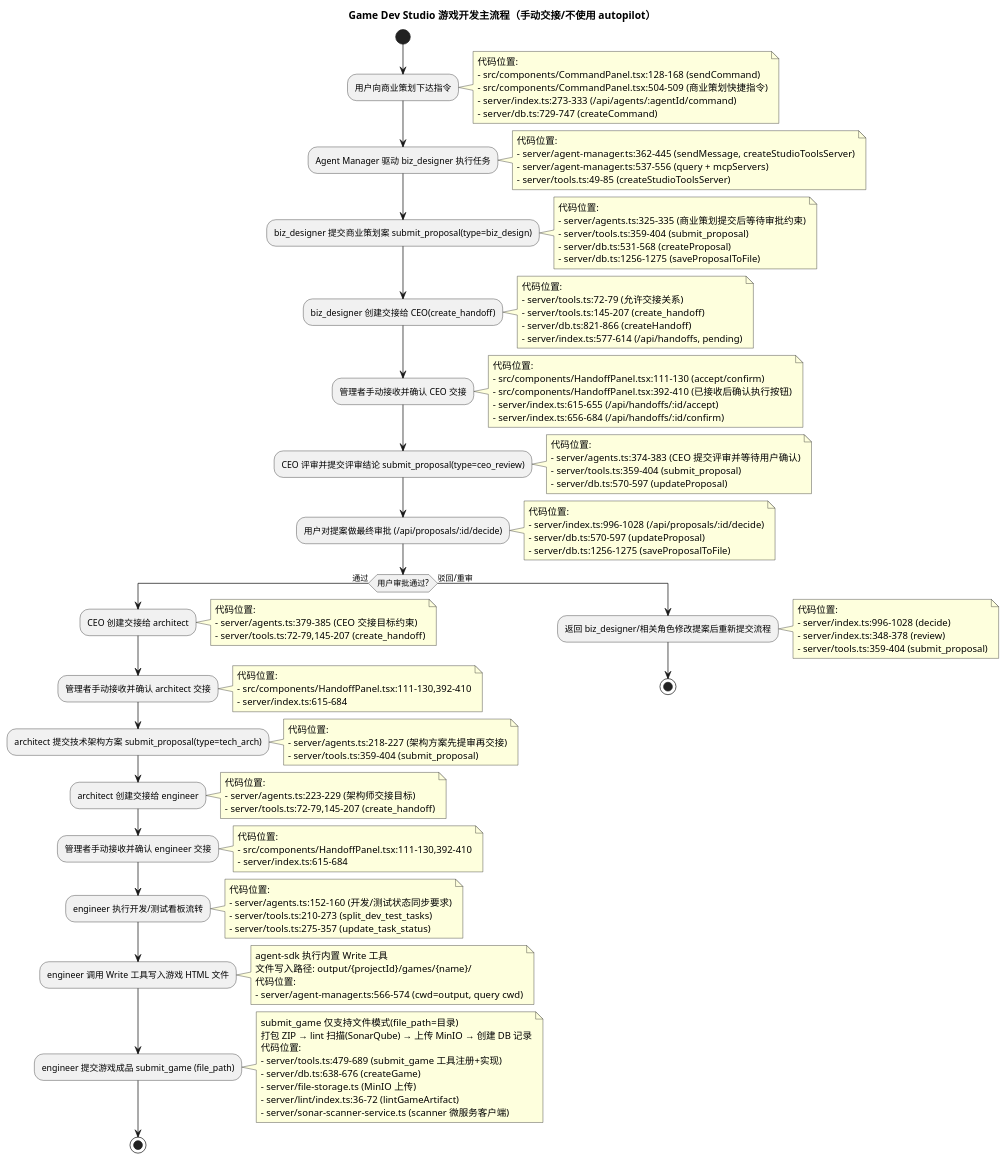
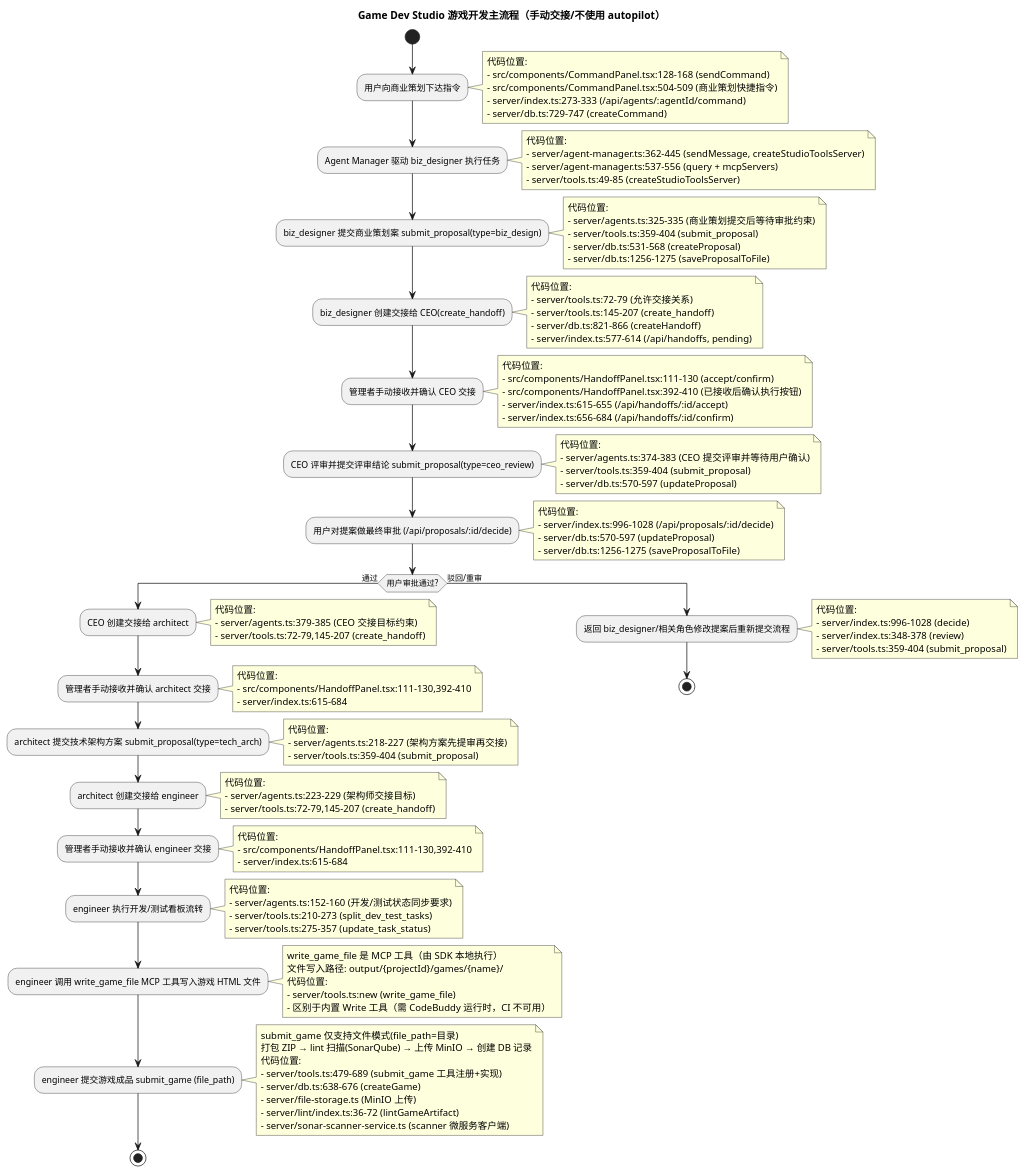
One commit to luoxiaojun1992/game-studio changed the diagram in .agent/diagrams/game-dev-main-flow-manual-handoff.puml. Above: the diagram before and after it, drawn with PlantUML. The commit also changed 6 other files, not shown here.

Commit message:
fix: add write_game_file MCP tool for CI-compatible file writing, replace non-functional Write built-in tool mock

```diff
--- a/.agent/diagrams/game-dev-main-flow-manual-handoff.puml
+++ b/.agent/diagrams/game-dev-main-flow-manual-handoff.puml
@@ -1,142 +1,143 @@
 @startuml
 title Game Dev Studio 游戏开发主流程（手动交接/不使用 autopilot）
 
 start
 
 :用户向商业策划下达指令;
 note right
   代码位置:
   - src/components/CommandPanel.tsx:128-168 (sendCommand)
   - src/components/CommandPanel.tsx:504-509 (商业策划快捷指令)
   - server/index.ts:273-333 (/api/agents/:agentId/command)
   - server/db.ts:729-747 (createCommand)
 end note
 
 :Agent Manager 驱动 biz_designer 执行任务;
 note right
   代码位置:
   - server/agent-manager.ts:362-445 (sendMessage, createStudioToolsServer)
   - server/agent-manager.ts:537-556 (query + mcpServers)
   - server/tools.ts:49-85 (createStudioToolsServer)
 end note
 
 :biz_designer 提交商业策划案 submit_proposal(type=biz_design);
 note right
   代码位置:
   - server/agents.ts:325-335 (商业策划提交后等待审批约束)
   - server/tools.ts:359-404 (submit_proposal)
   - server/db.ts:531-568 (createProposal)
   - server/db.ts:1256-1275 (saveProposalToFile)
 end note
 
 :biz_designer 创建交接给 CEO(create_handoff);
 note right
   代码位置:
   - server/tools.ts:72-79 (允许交接关系)
   - server/tools.ts:145-207 (create_handoff)
   - server/db.ts:821-866 (createHandoff)
   - server/index.ts:577-614 (/api/handoffs, pending)
 end note
 
 :管理者手动接收并确认 CEO 交接;
 note right
   代码位置:
   - src/components/HandoffPanel.tsx:111-130 (accept/confirm)
   - src/components/HandoffPanel.tsx:392-410 (已接收后确认执行按钮)
   - server/index.ts:615-655 (/api/handoffs/:id/accept)
   - server/index.ts:656-684 (/api/handoffs/:id/confirm)
 end note
 
 :CEO 评审并提交评审结论 submit_proposal(type=ceo_review);
 note right
   代码位置:
   - server/agents.ts:374-383 (CEO 提交评审并等待用户确认)
   - server/tools.ts:359-404 (submit_proposal)
   - server/db.ts:570-597 (updateProposal)
 end note
 
 :用户对提案做最终审批 (/api/proposals/:id/decide);
 note right
   代码位置:
   - server/index.ts:996-1028 (/api/proposals/:id/decide)
   - server/db.ts:570-597 (updateProposal)
   - server/db.ts:1256-1275 (saveProposalToFile)
 end note
 
 if (用户审批通过?) then (通过)
   :CEO 创建交接给 architect;
   note right
     代码位置:
     - server/agents.ts:379-385 (CEO 交接目标约束)
     - server/tools.ts:72-79,145-207 (create_handoff)
   end note
 
   :管理者手动接收并确认 architect 交接;
   note right
     代码位置:
     - src/components/HandoffPanel.tsx:111-130,392-410
     - server/index.ts:615-684
   end note
 
   :architect 提交技术架构方案 submit_proposal(type=tech_arch);
   note right
     代码位置:
     - server/agents.ts:218-227 (架构方案先提审再交接)
     - server/tools.ts:359-404 (submit_proposal)
   end note
 
   :architect 创建交接给 engineer;
   note right
     代码位置:
     - server/agents.ts:223-229 (架构师交接目标)
     - server/tools.ts:72-79,145-207 (create_handoff)
   end note
 
   :管理者手动接收并确认 engineer 交接;
   note right
     代码位置:
     - src/components/HandoffPanel.tsx:111-130,392-410
     - server/index.ts:615-684
   end note
 
   :engineer 执行开发/测试看板流转;
   note right
     代码位置:
     - server/agents.ts:152-160 (开发/测试状态同步要求)
     - server/tools.ts:210-273 (split_dev_test_tasks)
     - server/tools.ts:275-357 (update_task_status)
   end note
 
-  :engineer 调用 Write 工具写入游戏 HTML 文件;
+  :engineer 调用 write_game_file MCP 工具写入游戏 HTML 文件;
   note right
-    agent-sdk 执行内置 Write 工具
+    write_game_file 是 MCP 工具（由 SDK 本地执行）
     文件写入路径: output/{projectId}/games/{name}/
     代码位置:
-    - server/agent-manager.ts:566-574 (cwd=output, query cwd)
+    - server/tools.ts:new (write_game_file)
+    - 区别于内置 Write 工具（需 CodeBuddy 运行时，CI 不可用）
   end note
 
   :engineer 提交游戏成品 submit_game (file_path);
   note right
     submit_game 仅支持文件模式(file_path=目录)
     打包 ZIP → lint 扫描(SonarQube) → 上传 MinIO → 创建 DB 记录
     代码位置:
     - server/tools.ts:479-689 (submit_game 工具注册+实现)
     - server/db.ts:638-676 (createGame)
     - server/file-storage.ts (MinIO 上传)
     - server/lint/index.ts:36-72 (lintGameArtifact)
     - server/sonar-scanner-service.ts (scanner 微服务客户端)
   end note
 
   stop
 else (驳回/重审)
   :返回 biz_designer/相关角色修改提案后重新提交流程;
   note right
     代码位置:
     - server/index.ts:996-1028 (decide)
     - server/index.ts:348-378 (review)
     - server/tools.ts:359-404 (submit_proposal)
   end note
   stop
 endif
 
 @enduml
```
